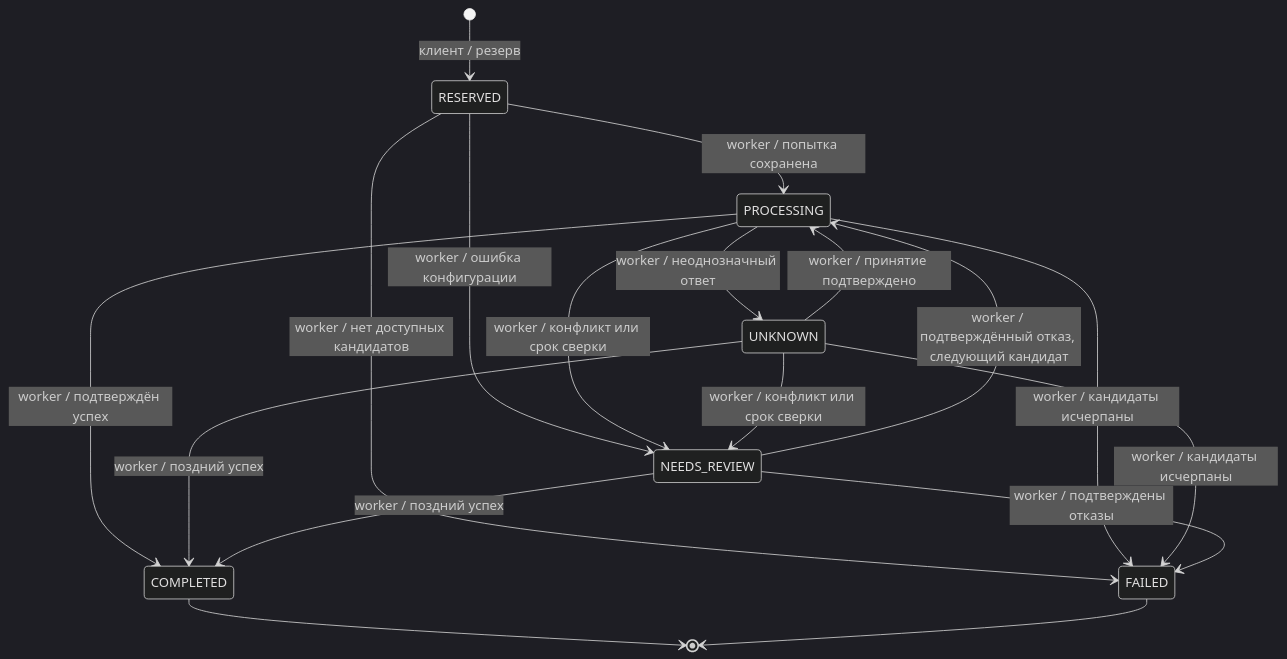
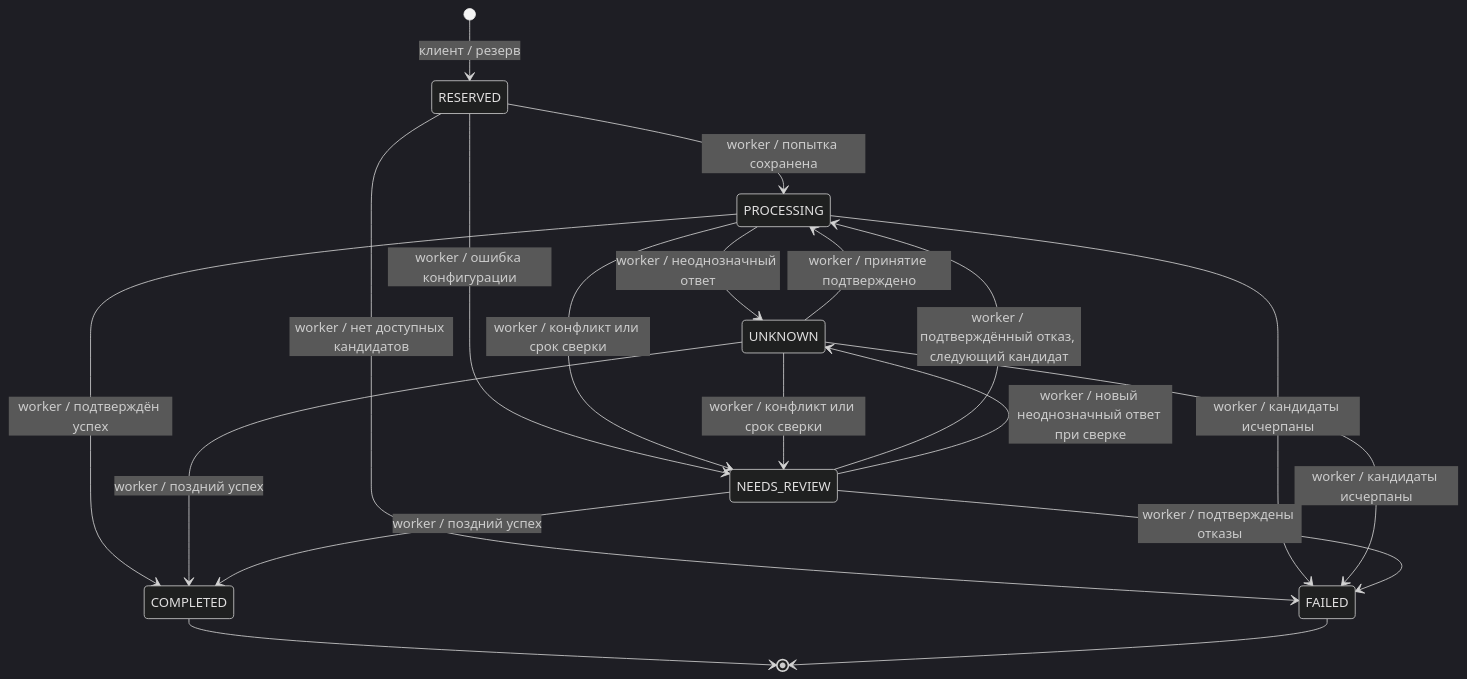
The diagram in DECISIONS.md (Alexandch/transfer-core-backend), drawn with Mermaid (dark theme) before and after one commit. The commit also changed other lines of this file and 10 other files, not shown here.

````diff
--- a/DECISIONS.md
+++ b/DECISIONS.md
@@ -12,20 +12,21 @@
 ```mermaid
 stateDiagram-v2
     [*] --> RESERVED: клиент / резерв
     RESERVED --> PROCESSING: worker / попытка сохранена
     RESERVED --> FAILED: worker / нет доступных кандидатов
     RESERVED --> NEEDS_REVIEW: worker / ошибка конфигурации
     PROCESSING --> UNKNOWN: worker / неоднозначный ответ
     UNKNOWN --> PROCESSING: worker / принятие подтверждено
     PROCESSING --> NEEDS_REVIEW: worker / конфликт или срок сверки
     UNKNOWN --> NEEDS_REVIEW: worker / конфликт или срок сверки
     NEEDS_REVIEW --> PROCESSING: worker / подтверждённый отказ, следующий кандидат
+    NEEDS_REVIEW --> UNKNOWN: worker / новый неоднозначный ответ при сверке
     PROCESSING --> COMPLETED: worker / подтверждён успех
     UNKNOWN --> COMPLETED: worker / поздний успех
     NEEDS_REVIEW --> COMPLETED: worker / поздний успех
     PROCESSING --> FAILED: worker / кандидаты исчерпаны
     UNKNOWN --> FAILED: worker / кандидаты исчерпаны
     NEEDS_REVIEW --> FAILED: worker / подтверждены отказы
     COMPLETED --> [*]
     FAILED --> [*]
 ```
````
